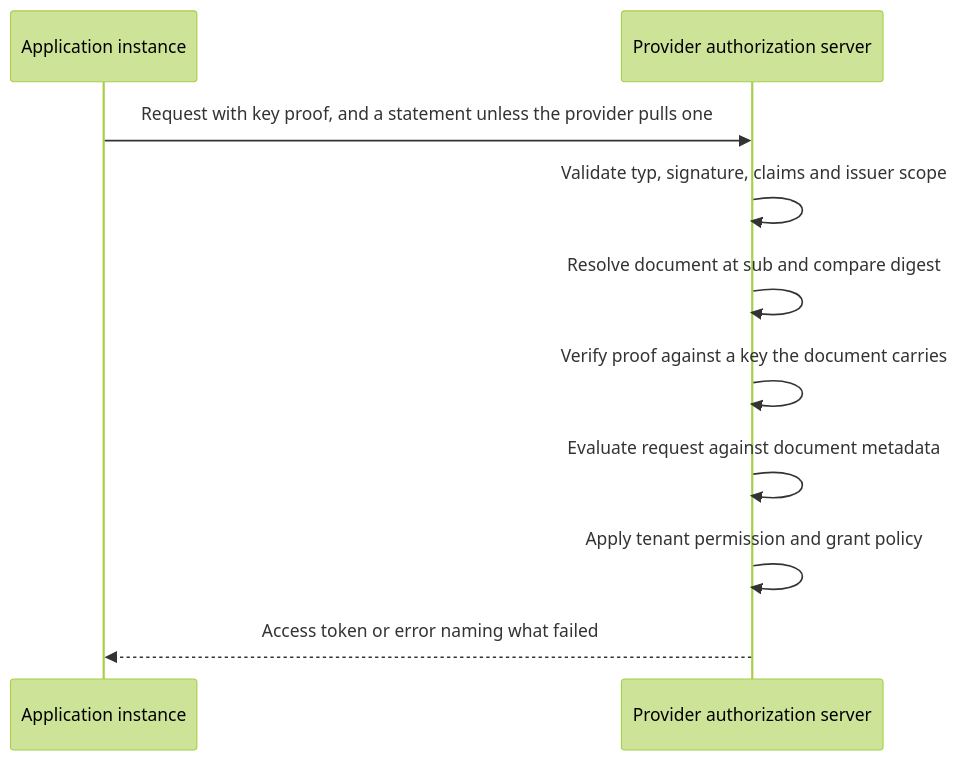
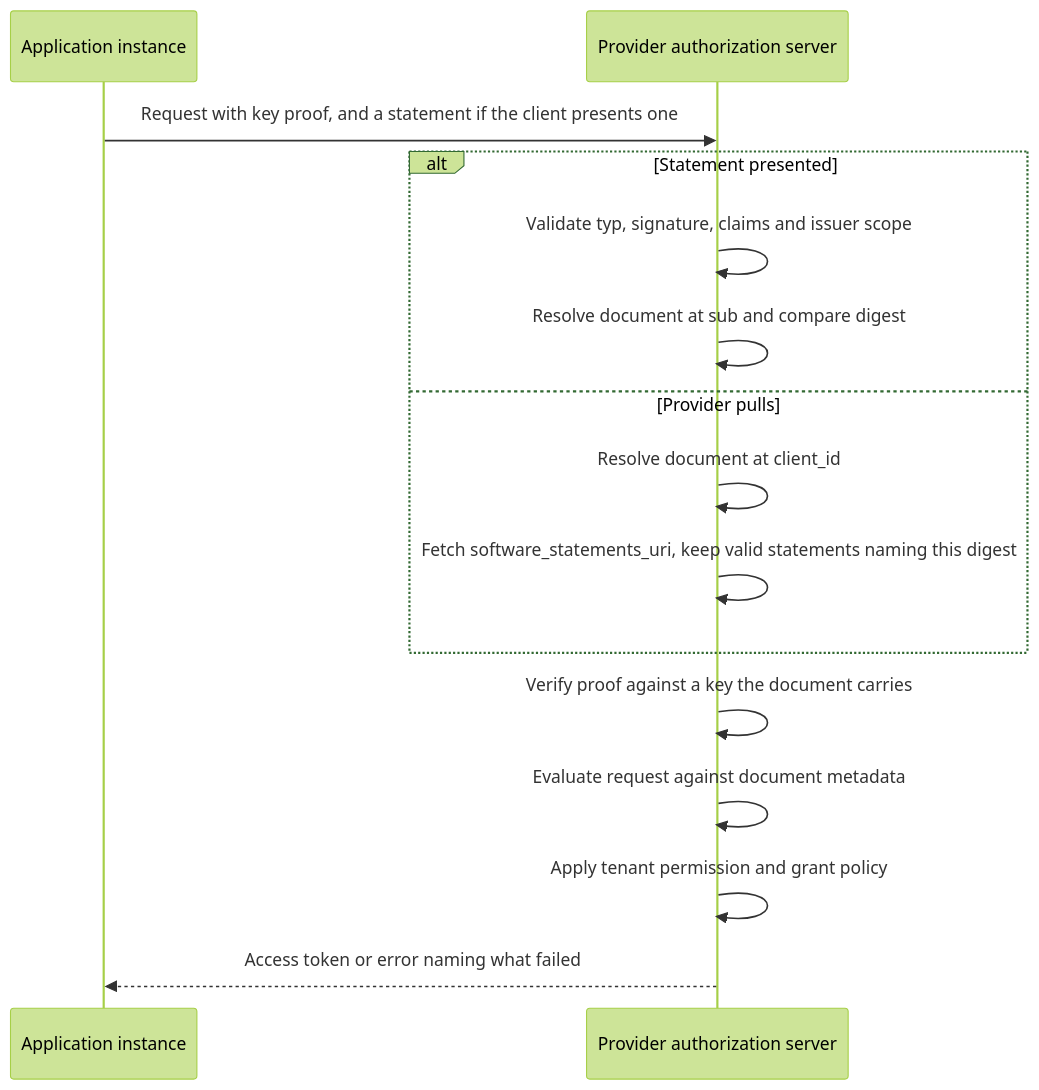
One commit to mcguinness/draft-mcguinness-oauth-cimd-sw-stmt changed the diagram in sketches/deployment-model.md. Above: the diagram before and after it, drawn with Mermaid (forest theme). The commit also changed other lines of this file, not shown here.

Commit message:
List the attested draft and show pulled statements in the request flow
The deployment model described four drafts, and its request diagram
validated a presented statement before resolving the document even
for a pulled statement, where the document comes first because it names
where statements are published.

````diff
--- a/sketches/deployment-model.md
+++ b/sketches/deployment-model.md
@@ -86,12 +87,17 @@
 ```mermaid
 sequenceDiagram
     participant App as Application instance
     participant AS as Provider authorization server
-    App->>AS: Request with key proof, and a statement unless the provider pulls one
-    AS->>AS: Validate typ, signature, claims and issuer scope
-    AS->>AS: Resolve document at sub and compare digest
+    App->>AS: Request with key proof, and a statement if the client presents one
+    alt Statement presented
+        AS->>AS: Validate typ, signature, claims and issuer scope
+        AS->>AS: Resolve document at sub and compare digest
+    else Provider pulls
+        AS->>AS: Resolve document at client_id
+        AS->>AS: Fetch software_statements_uri, keep valid statements naming this digest
+    end
     AS->>AS: Verify proof against a key the document carries
     AS->>AS: Evaluate request against document metadata
     AS->>AS: Apply tenant permission and grant policy
     AS-->>App: Access token or error naming what failed
 ```
````
